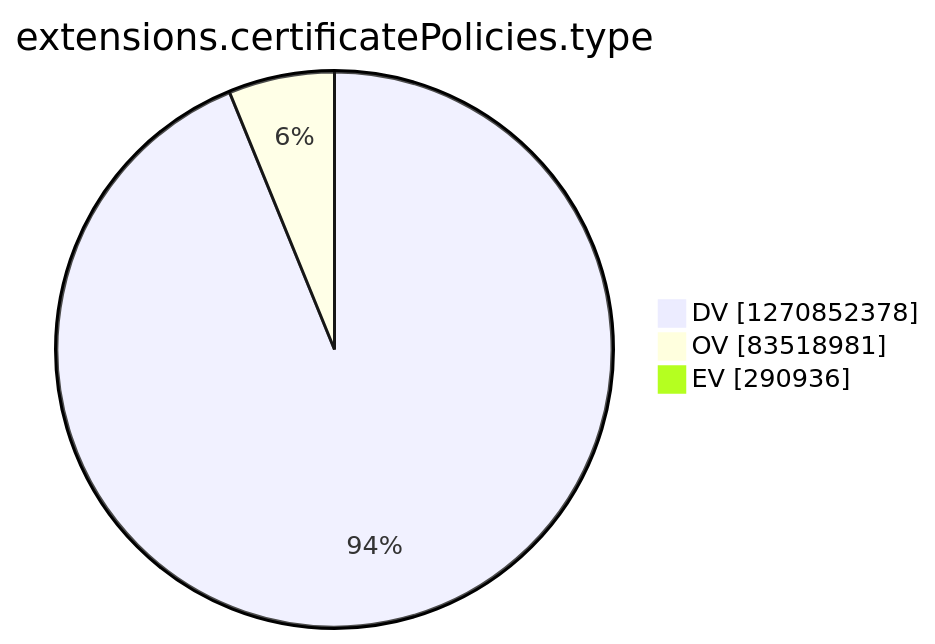
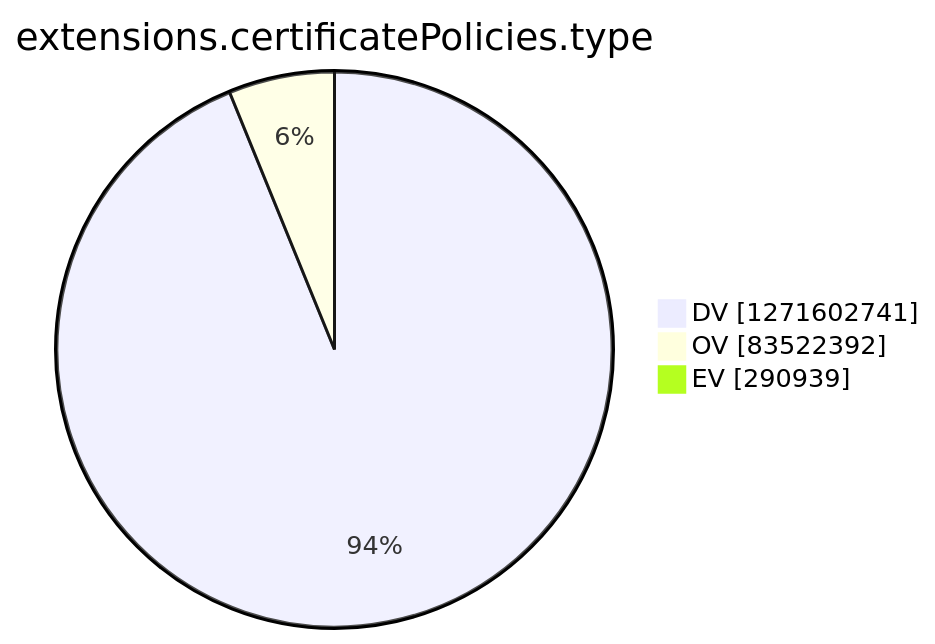
Before and after one commit to christiankrug/ctmonitor_visualization: the tenth of 15 diagrams in argon2022/README.md, drawn with Mermaid. The commit also changed other lines of this file, not shown here.

````diff
--- a/argon2022/README.md
+++ b/argon2022/README.md
@@ -2771,7 +2771,7 @@
 ```mermaid
 pie showData
 title extensions.certificatePolicies.type
-"DV" :1270852378
-"OV" :83518981
-"EV" :290936
+"DV" :1271602741
+"OV" :83522392
+"EV" :290939
 ```
````
